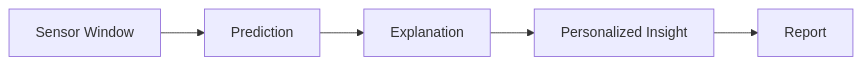
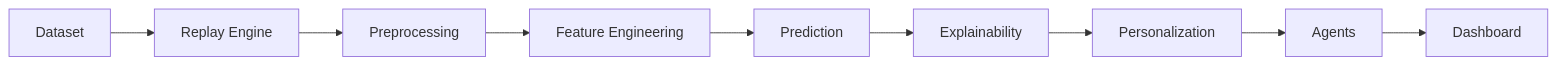
One commit to Sangamithraa077/Agentic-Fatigue-Fingerprinting changed the second of 2 diagrams in README.md. Above: the diagram before and after it, drawn with Mermaid. The commit also changed other lines of this file and 9 other files, not shown here.

Commit message:
feat(release): finalize Athlete Intelligence production release with premium dashboard, replay engine integration, and documentation

````diff
--- a/README.md
+++ b/README.md
@@ -271,7 +136,11 @@
 ```mermaid
 flowchart LR
-    A[Sensor Window] --> B[Prediction]
-    B --> C[Explanation]
-    C --> D[Personalized Insight]
-    D --> E[Report]
+    A[Dataset] --> B[Replay Engine]
+    B --> C[Preprocessing]
+    C --> D[Feature Engineering]
+    D --> E[Prediction]
+    E --> F[Explainability]
+    F --> G[Personalization]
+    G --> H[Agents]
+    H --> I[Dashboard]
 ```
````
